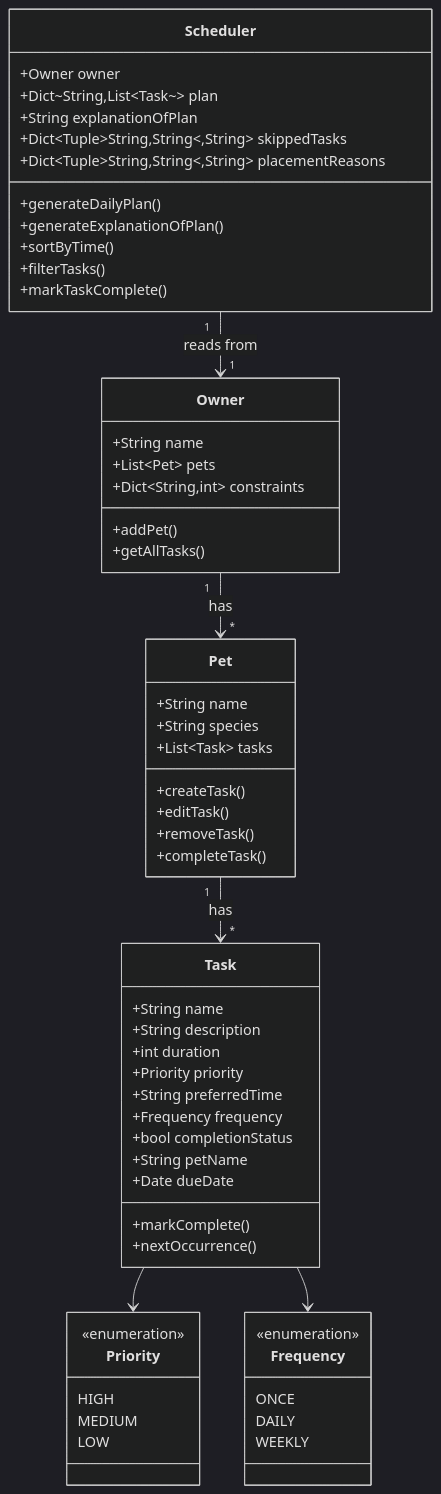
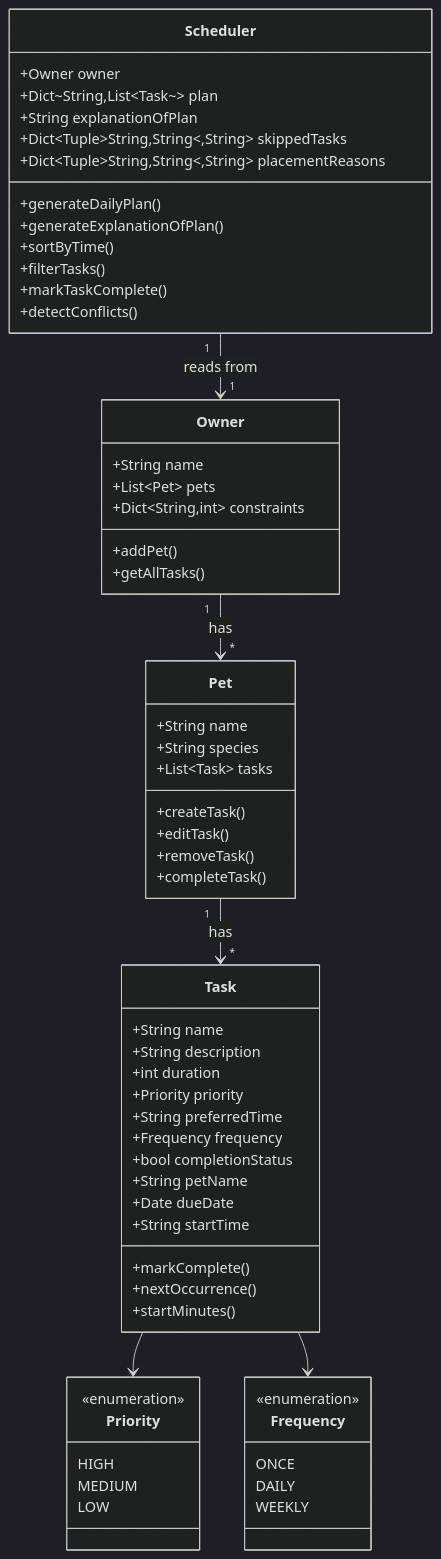
Before and after one commit to salvillalon45/ai110-module2show-pawpal-starter: the diagram in diagrams/uml.mmd, drawn with Mermaid (dark theme). The commit also changed 3 other files, not shown here.

```diff
--- a/diagrams/uml.mmd
+++ b/diagrams/uml.mmd
@@ -1,65 +1,68 @@
 classDiagram
     class Owner {
         +String name
         +List~Pet~ pets 
         +Dict~String,int~ constraints
         +addPet()
         +getAllTasks()
     }
 
     class Task {
         +String name
         +String description
         +int duration
         +Priority priority
         +String preferredTime
         +Frequency frequency
         +bool completionStatus
         +String petName
         +Date dueDate
+        +String startTime
         +markComplete()
         +nextOccurrence()
+        +startMinutes()
     }
 
     class Priority {
         <<enumeration>>
         HIGH
         MEDIUM
         LOW
     }
 
     class Frequency {
         <<enumeration>>
         ONCE
         DAILY
         WEEKLY
     }
 
     class Pet {
         +String name
         +String species
         +List~Task~ tasks
         +createTask()
         +editTask()
         +removeTask()
         +completeTask()
     }
 
     class Scheduler {
         +Owner owner
         +Dict~String,List~Task~~ plan
         +String explanationOfPlan
         +Dict~Tuple~String,String~,String~ skippedTasks
         +Dict~Tuple~String,String~,String~ placementReasons
         +generateDailyPlan()
         +generateExplanationOfPlan()
         +sortByTime()
         +filterTasks()
         +markTaskComplete()
+        +detectConflicts()
     }
 
     Pet "1" --> "*" Task : has
     Task --> Priority
     Task --> Frequency
     Owner "1" --> "*" Pet : has
     Scheduler "1" --> "1" Owner : reads from
```
